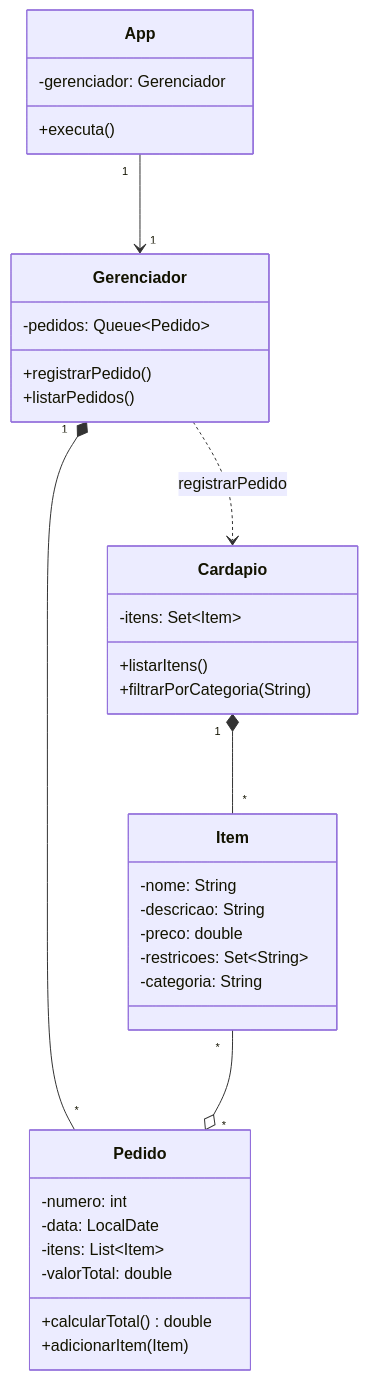
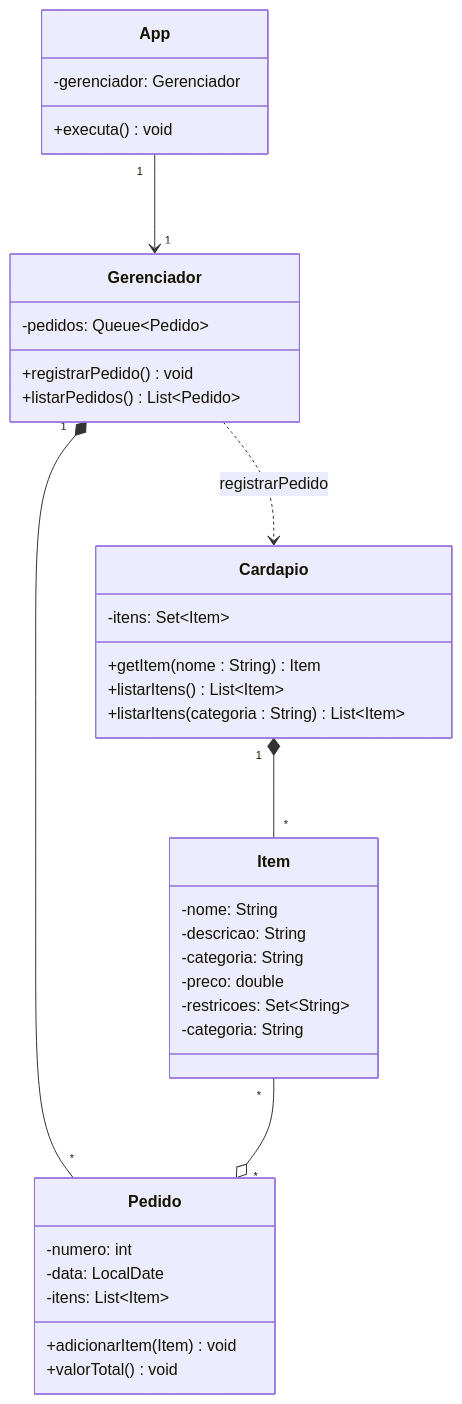
One commit to smauricioj/poo-slides-associacoes changed the ninth of 9 diagrams in readme.md. Above: the diagram before and after it, drawn with Mermaid.

Commit message:
Ajustes finos

````diff
--- a/readme.md
+++ b/readme.md
@@ -213,44 +213,45 @@
 ```mermaid
 %%{init: {'flowchart': {'nodeSpacing': 100, 'rankSpacing': 100}}}%%
 classDiagram
     direction TB
     class App {
         -gerenciador: Gerenciador
-        +executa()
+        +executa() void
     }
 
     class Gerenciador {
         -pedidos: Queue~Pedido~
-        +registrarPedido()
-        +listarPedidos()
+        +registrarPedido() void
+        +listarPedidos() List~Pedido~
     }
 
     class Pedido {
         -numero: int
         -data: LocalDate
         -itens: List~Item~
-        -valorTotal: double
-        +calcularTotal() double
-        +adicionarItem(Item)
+        +adicionarItem(Item) void
+        +valorTotal() void
     }
 
     class Item {
         -nome: String
         -descricao: String
+        -categoria: String 
         -preco: double
         -restricoes: Set~String~
         -categoria: String
     }
 
     class Cardapio {
         -itens: Set~Item~
-        +listarItens()
-        +filtrarPorCategoria(String)
+        +getItem(nome : String) Item
+        +listarItens() List~Item~
+        +listarItens(categoria : String) List~Item~
     }
 
     App "1" --> "1"  Gerenciador
     Gerenciador "1" *-- "*" Pedido
     Gerenciador ..> Cardapio : registrarPedido
     Cardapio "1" *-- "*" Item
     Item "*" --o "*" Pedido
 ```
````
